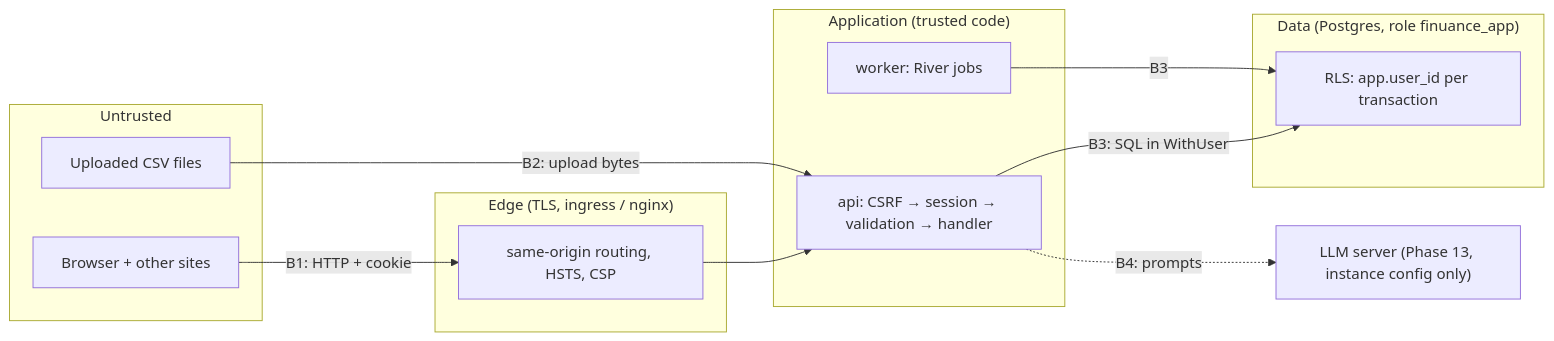
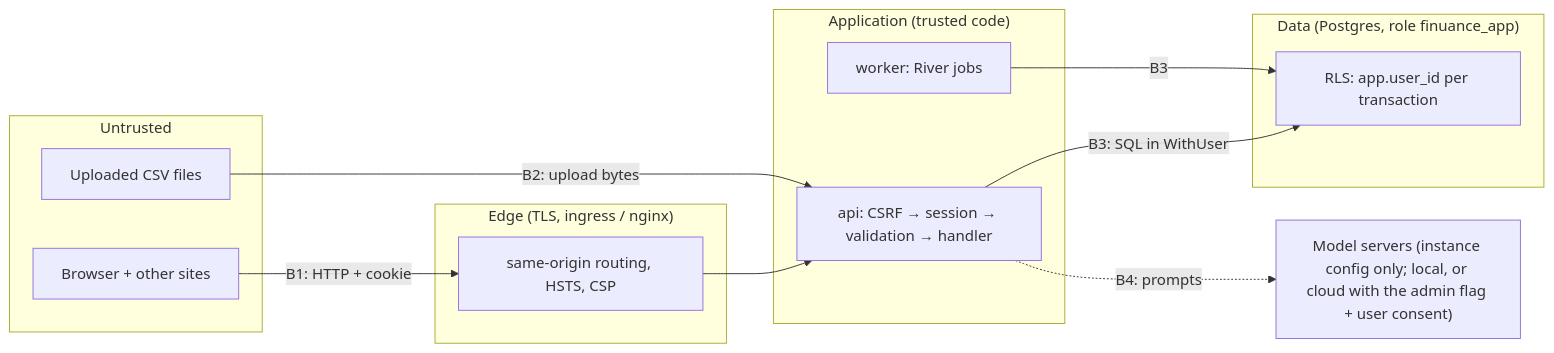
Before and after one commit to x2db736ac85h/Finuance: the diagram in docs/THREAT-MODEL.md, drawn with Mermaid. The commit also changed other lines of this file and 26 other files, not shown here.

````diff
--- a/docs/THREAT-MODEL.md
+++ b/docs/THREAT-MODEL.md
@@ -33,24 +33,24 @@
 ```mermaid
 flowchart LR
     subgraph untrusted["Untrusted"]
         browser["Browser + other sites"]
         files["Uploaded CSV files"]
     end
     subgraph edge["Edge (TLS, ingress / nginx)"]
         ingress["same-origin routing, HSTS, CSP"]
     end
     subgraph app["Application (trusted code)"]
         api["api: CSRF → session → validation → handler"]
         worker["worker: River jobs"]
     end
     subgraph data["Data (Postgres, role finuance_app)"]
         rls["RLS: app.user_id per transaction"]
     end
-    llm["LLM server (Phase 13, instance config only)"]
+    llm["Model servers (instance config only; local, or cloud with the admin flag + user consent)"]
 
     browser -- "B1: HTTP + cookie" --> ingress --> api
     files -- "B2: upload bytes" --> api
     api -- "B3: SQL in WithUser" --> rls
     worker -- "B3" --> rls
     api -. "B4: prompts" .-> llm
 ```
````
